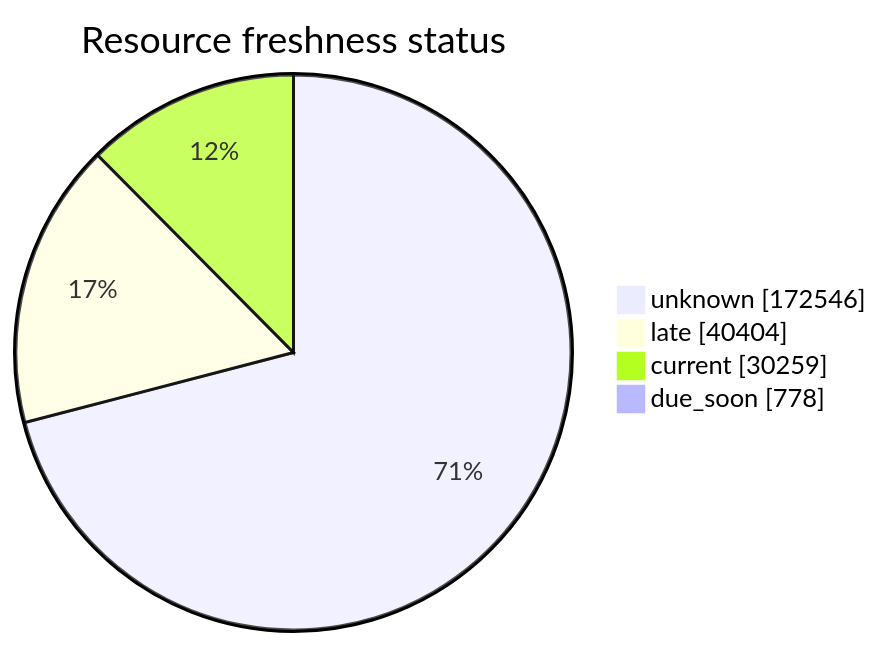
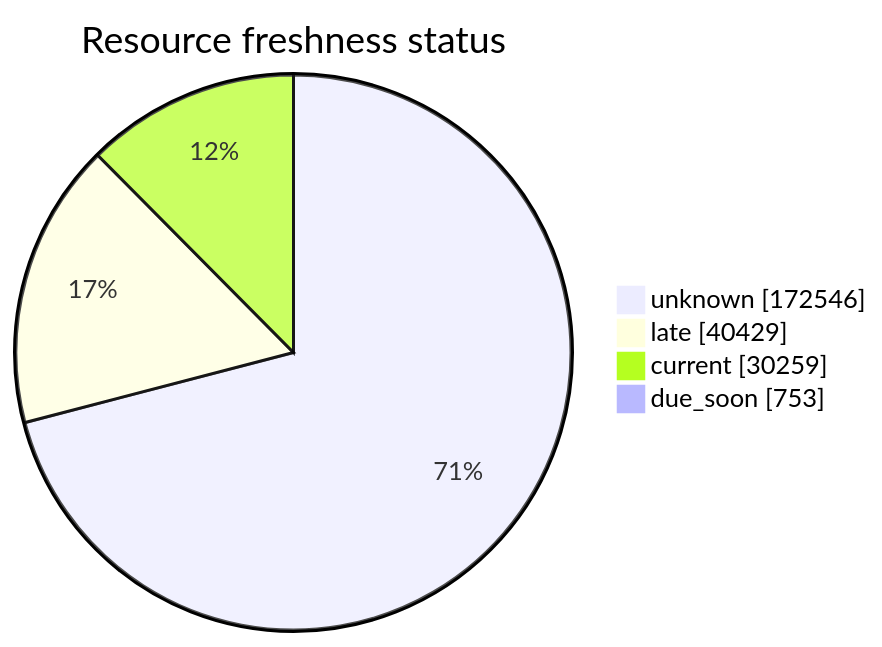
One commit to open-data/analytics-corporate-reporting changed the third of 5 diagrams in FreshCheck/README.md. Above: the diagram before and after it, drawn with Mermaid. The commit also changed other lines of this file and 3 other files, not shown here.

````diff
--- a/FreshCheck/README.md
+++ b/FreshCheck/README.md
@@ -78,7 +78,7 @@
 ```mermaid
 pie showData title Resource freshness status
     "unknown": 172546
-    "late": 40404
+    "late": 40429
     "current": 30259
-    "due_soon": 778
+    "due_soon": 753
 ```
````
